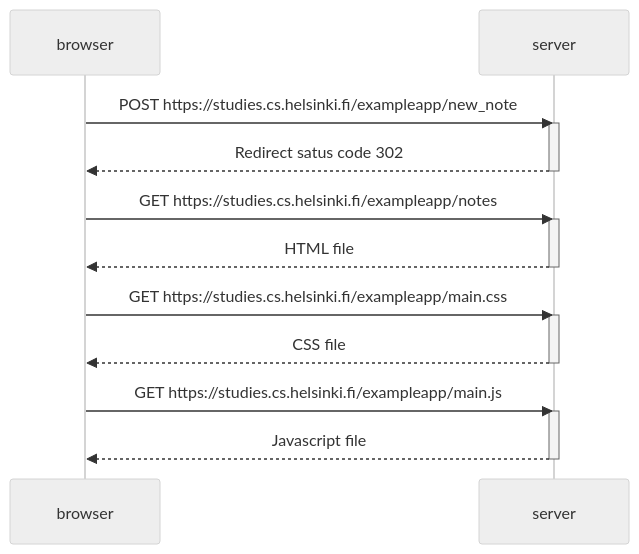
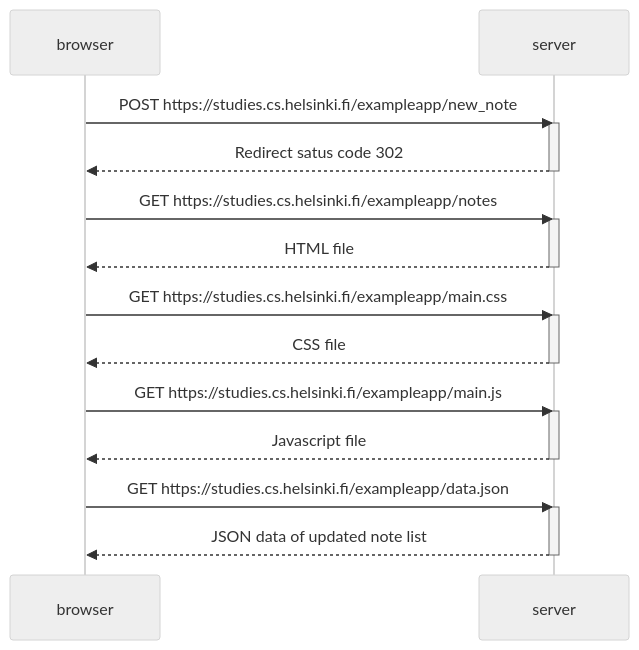
Before and after one commit to jmokate/fullstackopen: the diagram in 4_Submission.md, drawn with Mermaid (neutral theme).

Commit message:
updated diagram 04-3

````diff
--- a/4_Submission.md
+++ b/4_Submission.md
@@ -1,22 +1,27 @@
 ```mermaid
 sequenceDiagram
 browser->>server: POST https://studies.cs.helsinki.fi/exampleapp/new_note
 activate server
 server-->>browser: Redirect satus code 302
 deactivate server
 
 browser->>server: GET https://studies.cs.helsinki.fi/exampleapp/notes
 activate server
 server-->>browser: HTML file
 deactivate server
 
 browser->>server: GET https://studies.cs.helsinki.fi/exampleapp/main.css
 activate server
 server-->>browser: CSS file
 deactivate server
 
 browser->>server: GET https://studies.cs.helsinki.fi/exampleapp/main.js
 activate server
 server-->>browser: Javascript file
 deactivate server
+
+browser->>server: GET https://studies.cs.helsinki.fi/exampleapp/data.json
+activate server
+server-->>browser: JSON data of updated note list
+deactivate server
 ```
````
